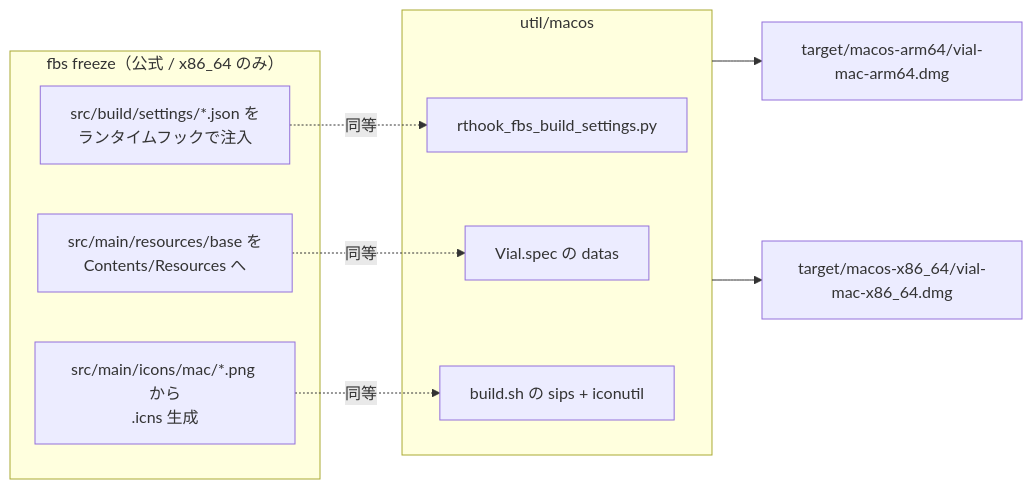
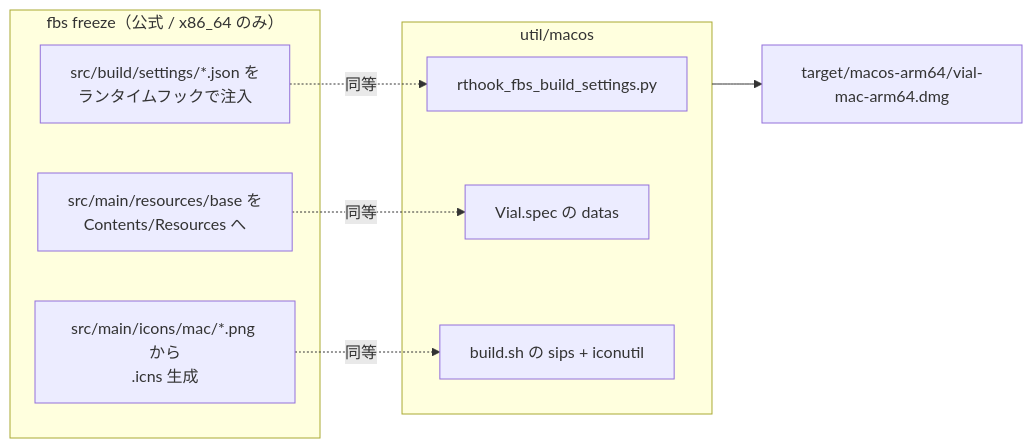
The first of 2 diagrams in util/macos/README.md (digitarhythm/KeRT-Keymapper), drawn with Mermaid before and after one commit. The commit also changed other lines of this file and 2 other files, not shown here.

First line of the commit message:
ci: build macOS for Apple Silicon only and Windows for x64 only, release both

````diff
--- a/util/macos/README.md
+++ b/util/macos/README.md
@@ -10,18 +10,17 @@
 ```mermaid
 flowchart LR
     subgraph fbs["fbs freeze（公式 / x86_64 のみ）"]
         F1["src/build/settings/*.json を<br/>ランタイムフックで注入"]
         F2["src/main/resources/base を<br/>Contents/Resources へ"]
         F3["src/main/icons/mac/*.png から<br/>.icns 生成"]
     end
     subgraph here["util/macos"]
         H1["rthook_fbs_build_settings.py"]
         H2["Vial.spec の datas"]
         H3["build.sh の sips + iconutil"]
     end
     F1 -. 同等 .-> H1
     F2 -. 同等 .-> H2
     F3 -. 同等 .-> H3
     here --> A["target/macos-arm64/vial-mac-arm64.dmg"]
-    here --> X["target/macos-x86_64/vial-mac-x86_64.dmg"]
 ```
````
